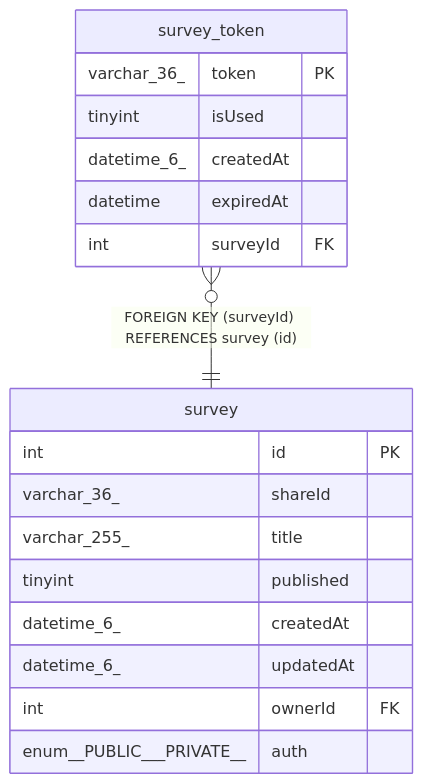
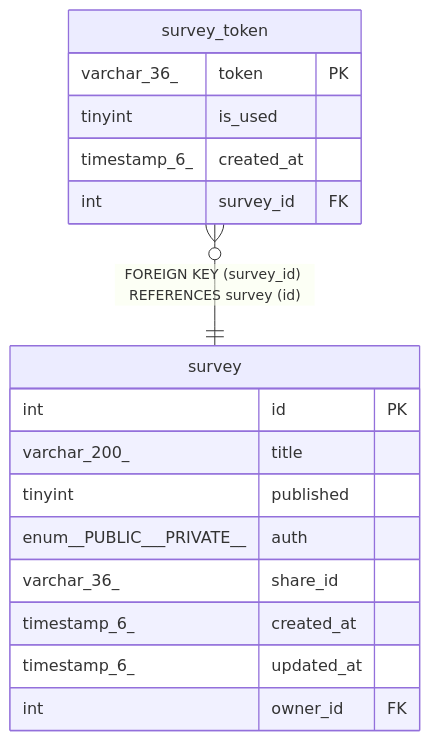
One commit to BepHblVI/First-nest changed the diagram in docs/database/survey_token.md. Above: the diagram before and after it, drawn with Mermaid. The commit also changed other lines of this file and 47 other files, not shown here.

````diff
--- a/docs/database/survey_token.md
+++ b/docs/database/survey_token.md
@@ -49,23 +49,22 @@
 ```mermaid
 erDiagram
 
-"survey_token" }o--|| "survey" : "FOREIGN KEY (surveyId) REFERENCES survey (id)"
+"survey_token" }o--|| "survey" : "FOREIGN KEY (survey_id) REFERENCES survey (id)"
 
 "survey_token" {
   varchar_36_ token PK
-  tinyint isUsed
-  datetime_6_ createdAt
-  datetime expiredAt
-  int surveyId FK
+  tinyint is_used
+  timestamp_6_ created_at
+  int survey_id FK
 }
 "survey" {
   int id PK
-  varchar_36_ shareId
-  varchar_255_ title
+  varchar_200_ title
   tinyint published
-  datetime_6_ createdAt
-  datetime_6_ updatedAt
-  int ownerId FK
   enum__PUBLIC___PRIVATE__ auth
+  varchar_36_ share_id
+  timestamp_6_ created_at
+  timestamp_6_ updated_at
+  int owner_id FK
 }
 ```
````
